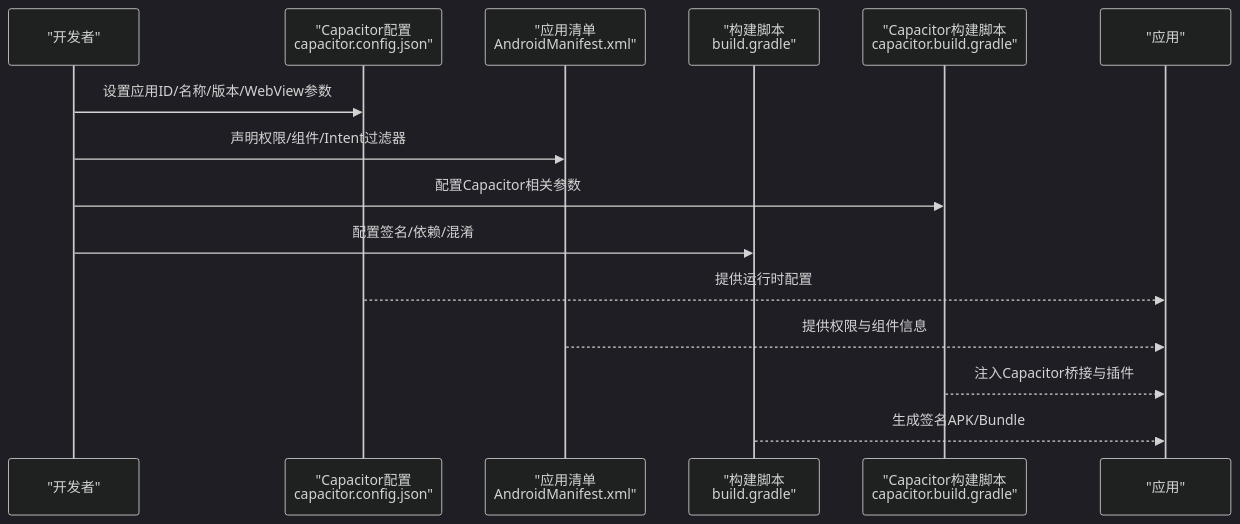
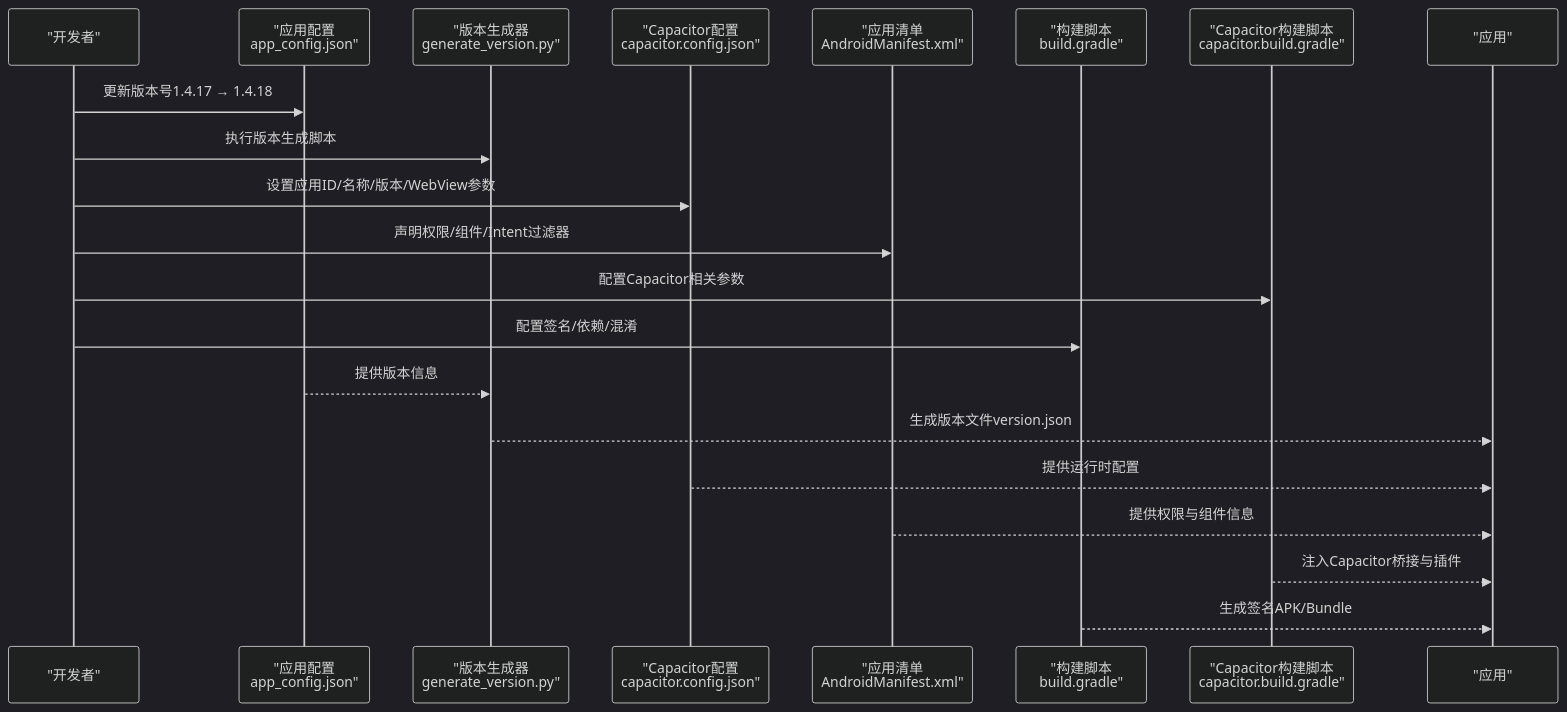
Before and after one commit to zhao-zg/cx: the second of 4 diagrams in .qoder/repowiki/zh/content/移动应用开发/Android应用配置.md, drawn with Mermaid (dark theme). The commit also changed other lines of this file and 30 other files, not shown here.

````diff
--- a/.qoder/repowiki/zh/content/移动应用开发/Android应用配置.md
+++ b/.qoder/repowiki/zh/content/移动应用开发/Android应用配置.md
@@ -112,17 +139,23 @@
 ```mermaid
 sequenceDiagram
 participant Dev as "开发者"
+participant ACFG as "应用配置<br/>app_config.json"
+participant GV as "版本生成器<br/>generate_version.py"
 participant CFG as "Capacitor配置<br/>capacitor.config.json"
 participant AMF as "应用清单<br/>AndroidManifest.xml"
 participant GRD as "构建脚本<br/>build.gradle"
 participant CBG as "Capacitor构建脚本<br/>capacitor.build.gradle"
 participant APP as "应用"
+Dev->>ACFG : 更新版本号1.4.17 → 1.4.18
+Dev->>GV : 执行版本生成脚本
 Dev->>CFG : 设置应用ID/名称/版本/WebView参数
 Dev->>AMF : 声明权限/组件/Intent过滤器
 Dev->>CBG : 配置Capacitor相关参数
 Dev->>GRD : 配置签名/依赖/混淆
+ACFG-->>GV : 提供版本信息
+GV-->>APP : 生成版本文件version.json
 CFG-->>APP : 提供运行时配置
 AMF-->>APP : 提供权限与组件信息
 CBG-->>APP : 注入Capacitor桥接与插件
 GRD-->>APP : 生成签名APK/Bundle
 ```
````
